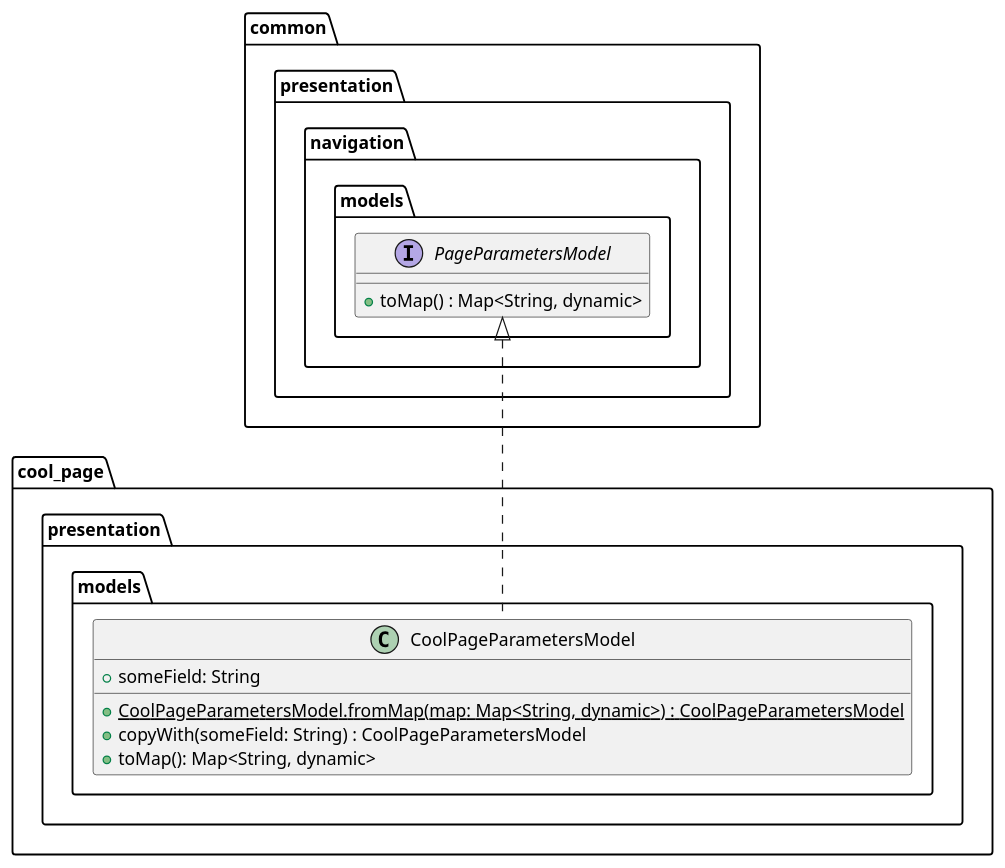
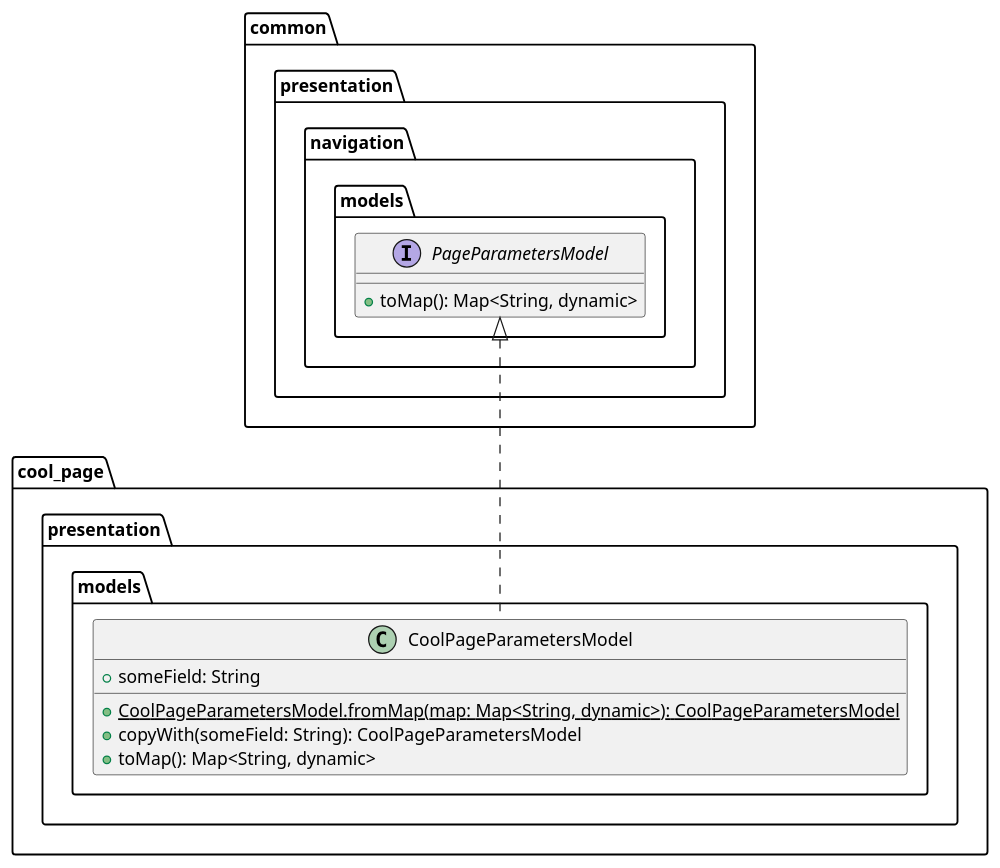
The diagram in metrics/web/docs/features/deep_links/diagrams/page_parameters_model_class_diagram.puml (Flank/flank-dashboard), drawn with PlantUML before and after one commit. The commit also changed 11 other files, not shown here.

Commit message:
Format diagrams

```diff
--- a/metrics/web/docs/features/deep_links/diagrams/page_parameters_model_class_diagram.puml
+++ b/metrics/web/docs/features/deep_links/diagrams/page_parameters_model_class_diagram.puml
@@ -1,21 +1,21 @@
 @startuml page_parameters_model_class_diagram
 
 package common.presentation.navigation.models {
     interface PageParametersModel {
-        + toMap() : Map<String, dynamic>
+        + toMap(): Map<String, dynamic>
     }
 }
 
 package cool_page.presentation.models {
     class CoolPageParametersModel {
         + someField: String
 
-        + {static} CoolPageParametersModel.fromMap(map: Map<String, dynamic>) : CoolPageParametersModel
-        + copyWith(someField: String) : CoolPageParametersModel
+        + {static} CoolPageParametersModel.fromMap(map: Map<String, dynamic>): CoolPageParametersModel
+        + copyWith(someField: String): CoolPageParametersModel
         + toMap(): Map<String, dynamic>
     }
 }
 
 CoolPageParametersModel .up.|> PageParametersModel
 
 @enduml
```
